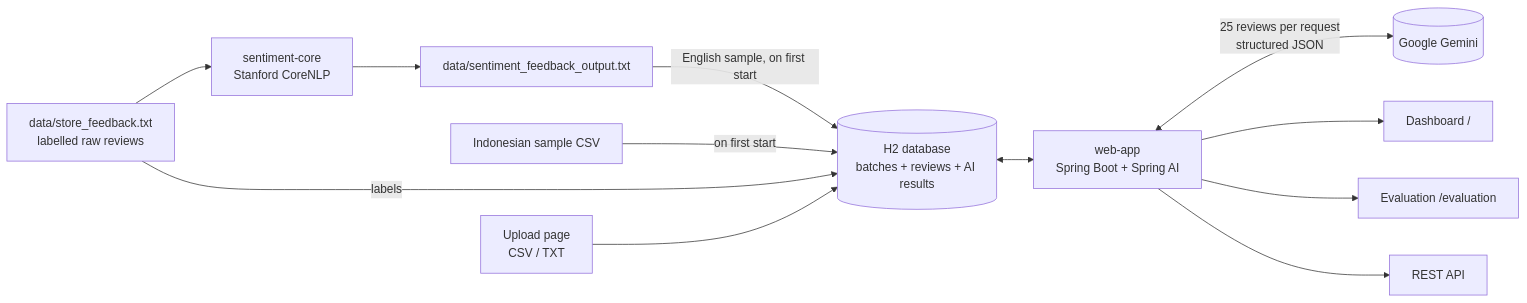
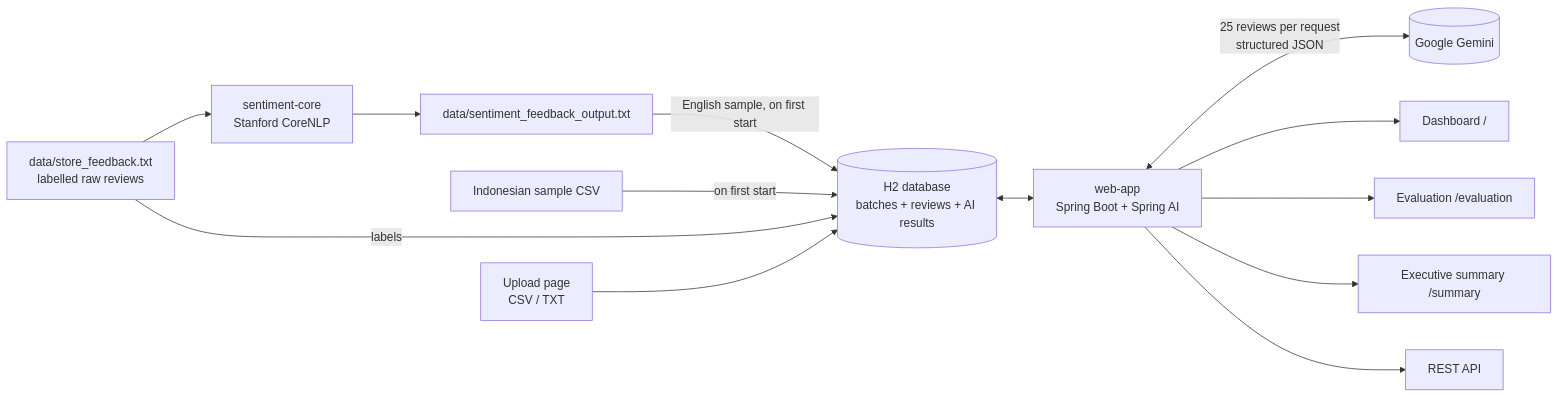
Before and after one commit to Ilham9675/retail-feedback-insights: the diagram in README.md, drawn with Mermaid. The commit also changed other lines of this file and 10 other files, not shown here.

First line of the commit message:
Add per-department executive summary generated by Gemini

````diff
--- a/README.md
+++ b/README.md
@@ -39,14 +45,15 @@
 ```mermaid
 flowchart LR
     A[data/store_feedback.txt<br/>labelled raw reviews] --> B[sentiment-core<br/>Stanford CoreNLP]
     B --> C[data/sentiment_feedback_output.txt]
     C -->|English sample, on first start| DB[(H2 database<br/>batches + reviews + AI results)]
     ID[Indonesian sample CSV] -->|on first start| DB
     A -->|labels| DB
     U[Upload page<br/>CSV / TXT] --> DB
     DB <--> D[web-app<br/>Spring Boot + Spring AI]
     D <-->|25 reviews per request<br/>structured JSON| E[(Google Gemini)]
     D --> F[Dashboard /]
     D --> I[Evaluation /evaluation]
+    D --> S[Executive summary /summary]
     D --> G[REST API]
 ```
````
